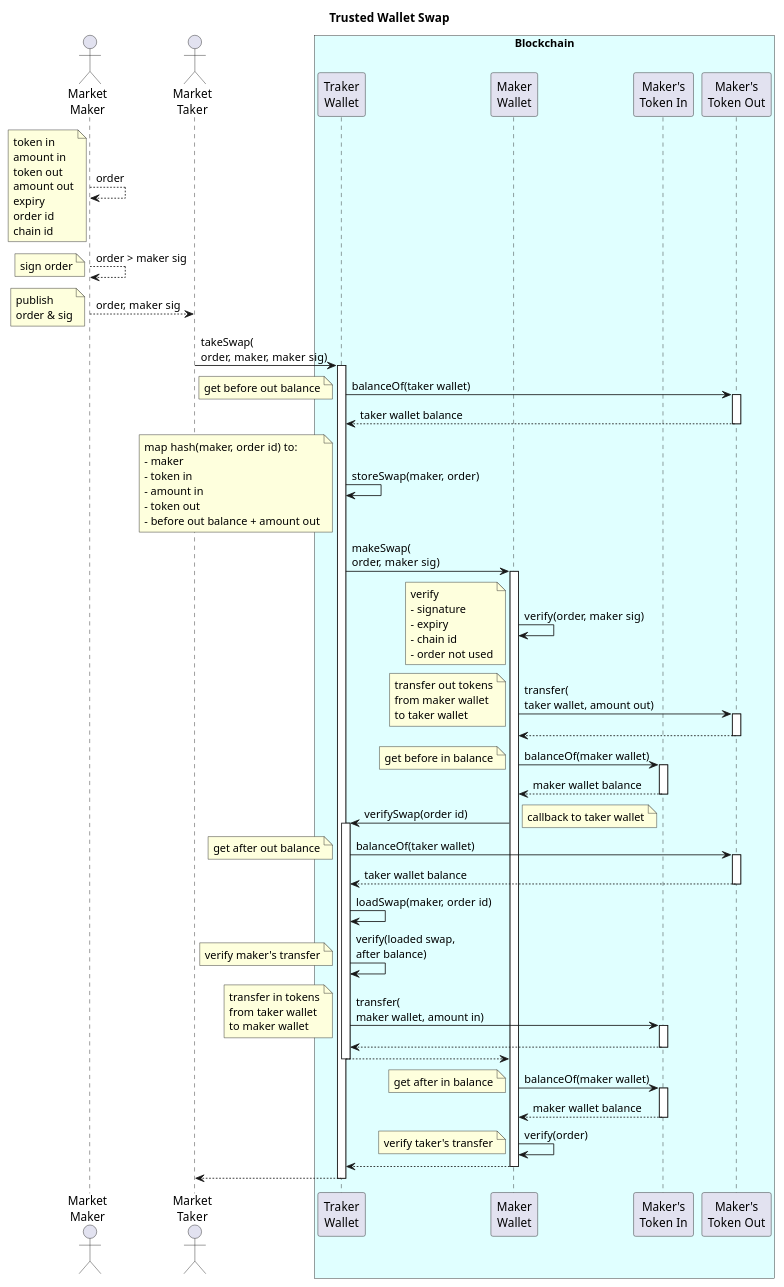
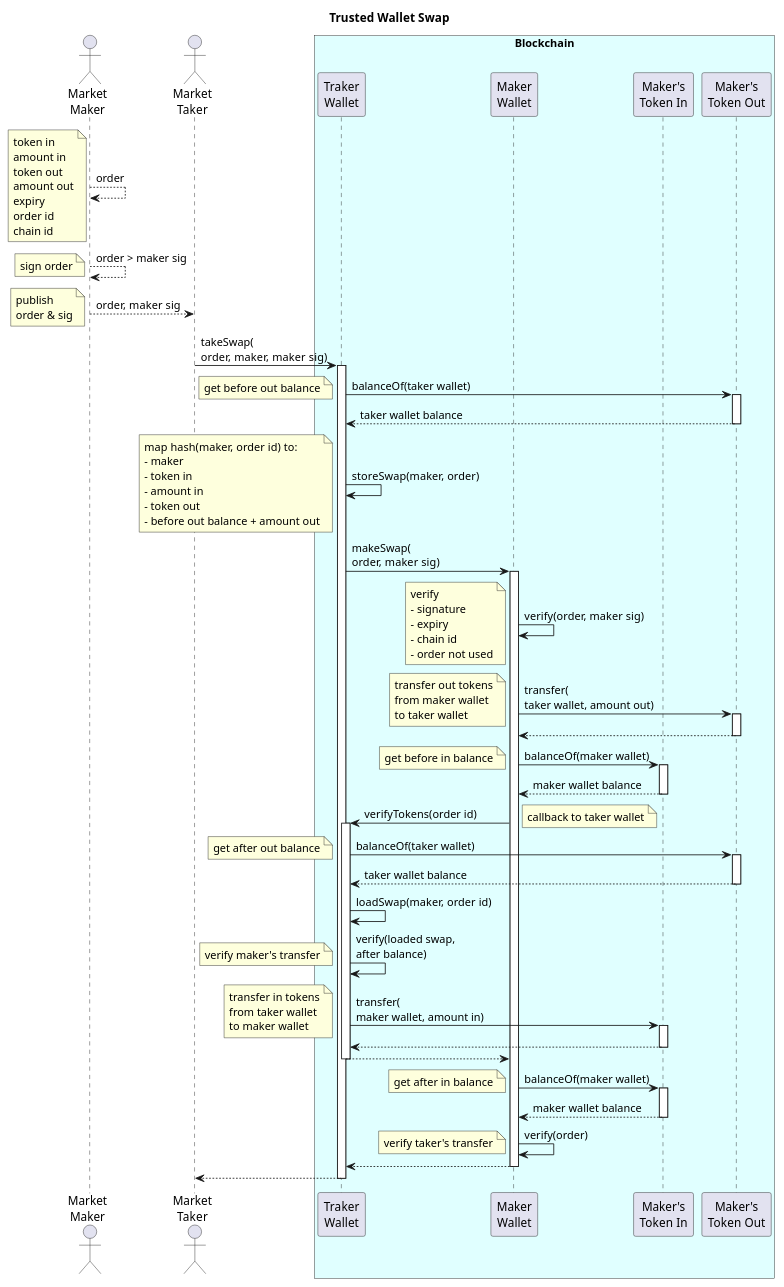
Before and after one commit to naddison36/abstract-accounts: the diagram in docs/dexSwap.puml, drawn with PlantUML. The commit also changed 5 other files, not shown here.

```diff
--- a/docs/dexSwap.puml
+++ b/docs/dexSwap.puml
@@ -1,126 +1,126 @@
 @startuml
 
 title "Trusted Wallet Swap"
 
 actor "Market\nMaker" as mm
 actor "Market\nTaker" as mt
 ' actor "Bundler" as b
 ' participant "Entry\nPoint" as ep
 
 box "Blockchain" #LightCyan
 participant "Traker\nWallet" as tw
 participant "Maker\nWallet" as mw
 participant "Maker's\nToken In" as ta
 participant "Maker's\nToken Out" as tb
 end box
 
 mm --> mm : order
 note left
 token in
 amount in
 token out
 amount out
 expiry
 order id
 chain id
 end note
 mm --> mm : order > maker sig
 note left : sign order
 mm --> mt : order, maker sig
 note left : publish\norder & sig
 
 mt -> tw : takeSwap(\norder, maker, maker sig)
 activate tw
 
 '  Using Abstract Account
 ' mt --> mt : order, sig 1\n> User Op
 ' note left : make User\nOperation
 ' mt --> mt : User Op > sig 2
 ' note left : sign User\nOperation
 
 ' mt --> b : User Operation, sig 2
 ' ' note left : sign swap\noperation
 ' b -> ep : handleOps(\n[User Operation])
 ' activate ep
 ' note left : submit bundled user operations
 ' ep -> tw : validateUserOp(\nUser Operation)
 ' activate tw
 
 
 tw -> tb : balanceOf(taker wallet)
 activate tb
 note left : get before out balance
 return taker wallet balance
 
 tw -> tw : storeSwap(maker, order)
 note left
 map hash(maker, order id) to:
 - maker
 - token in
 - amount in
 - token out
 - before out balance + amount out
 end note
 
 tw -> mw : makeSwap(\norder, maker sig)
 activate mw
 
 mw -> mw : verify(order, maker sig)
 note left
 verify
 - signature
 - expiry
 - chain id
 - order not used
 end note
 
 mw -> tb : transfer(\ntaker wallet, amount out)
 activate tb
 note left
 transfer out tokens
 from maker wallet
 to taker wallet
 end note
 return
 
 mw -> ta : balanceOf(maker wallet)
 activate ta
 note left : get before in balance
 return maker wallet balance
 
-mw -> tw : verifySwap(order id)
+mw -> tw : verifyTokens(order id)
 activate tw
 note right : callback to taker wallet
 
 tw -> tb : balanceOf(taker wallet)
 activate tb
 note left : get after out balance
 return taker wallet balance
 
 tw -> tw : loadSwap(maker, order id)
 
 tw -> tw : verify(loaded swap,\nafter balance)
 note left : verify maker's transfer
 
 tw -> ta : transfer(\nmaker wallet, amount in)
 activate ta
 note left
 transfer in tokens
 from taker wallet
 to maker wallet
 end note
 return
 
 return
 mw -> ta : balanceOf(maker wallet)
 activate ta
 note left : get after in balance
 return maker wallet balance
 
 mw -> mw : verify(order)
 note left : verify taker's transfer
 
 return
 return
 
 @enduml
```
